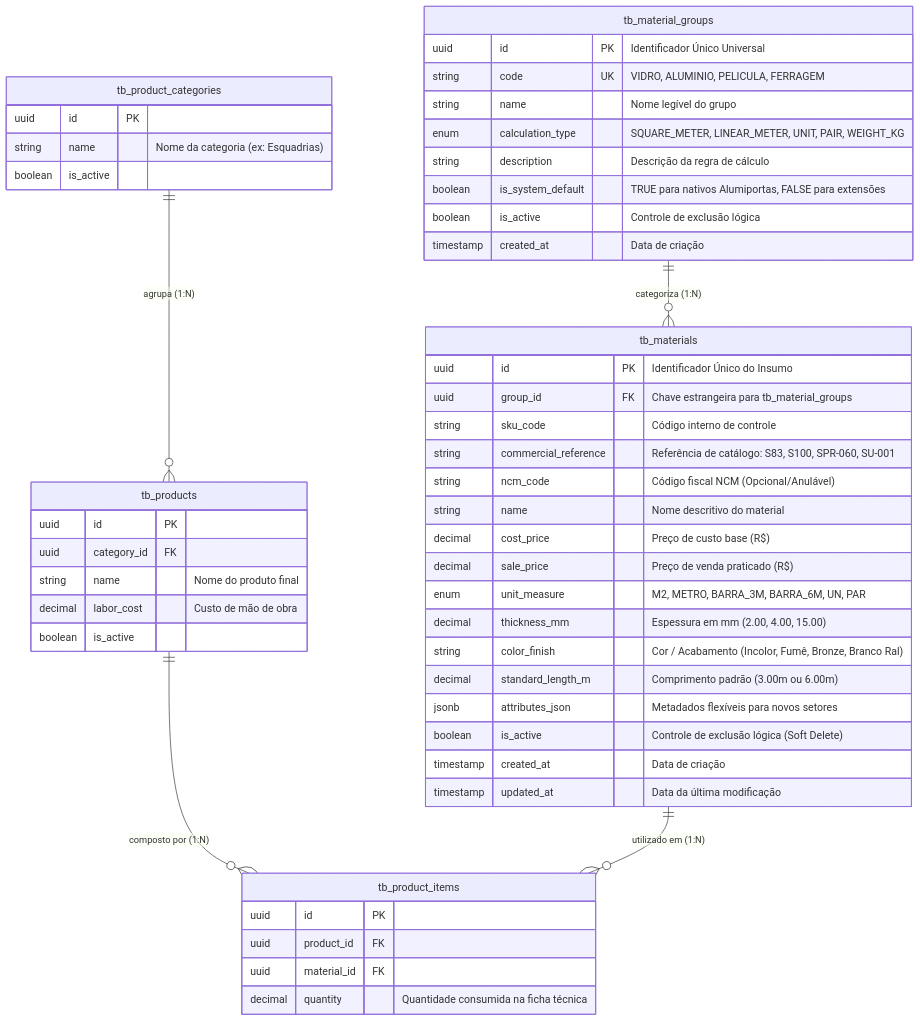
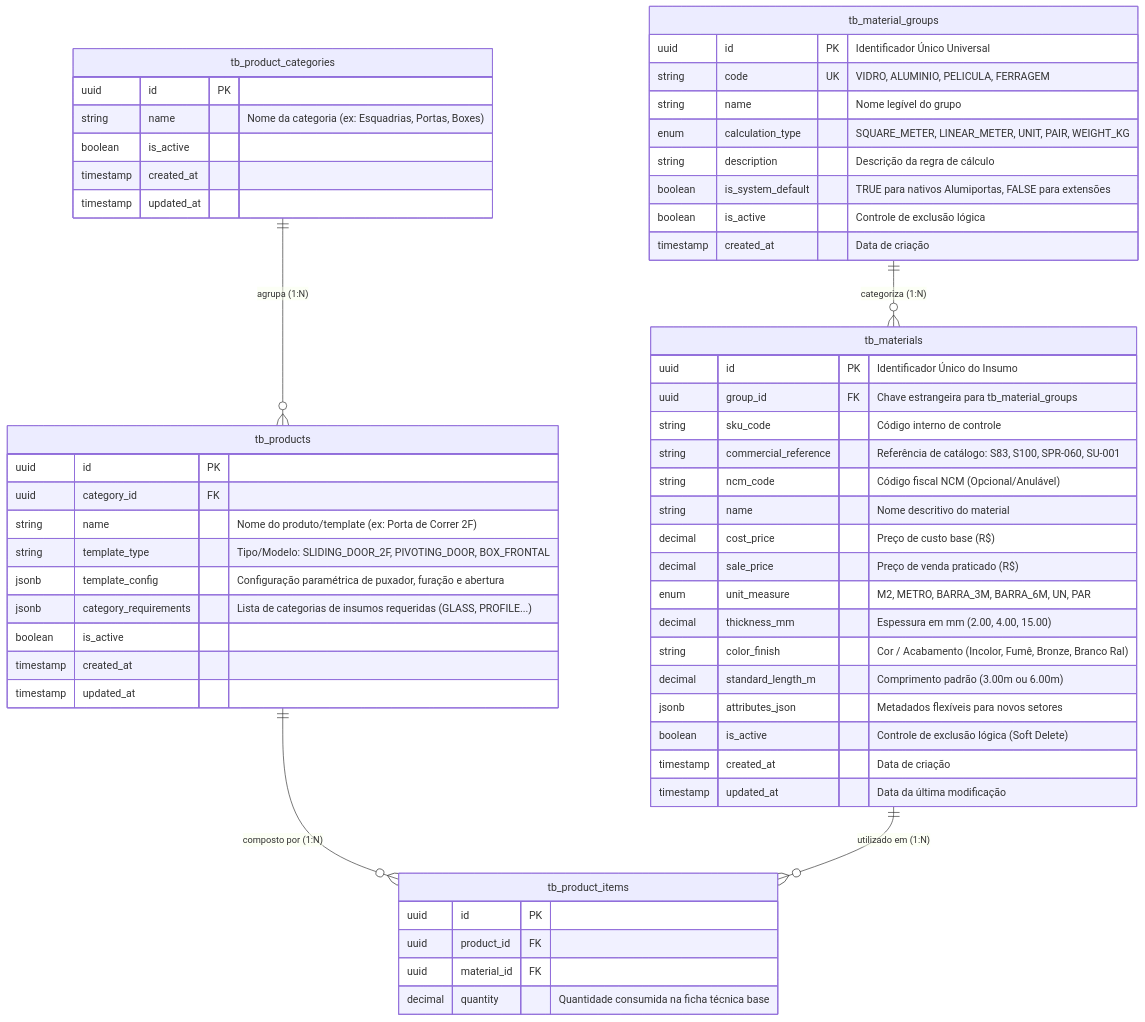
The diagram in docs/projeto-001/002-arquitetura/DER-Catalogo_Materiais.md (ADS-IFPB-SR/alumigest), drawn with Mermaid before and after one commit. The commit also changed other lines of this file and 93 other files, not shown here.

````diff
--- a/docs/projeto-001/002-arquitetura/DER-Catalogo_Materiais.md
+++ b/docs/projeto-001/002-arquitetura/DER-Catalogo_Materiais.md
@@ -27,58 +28,64 @@
 ```mermaid
 erDiagram
     tb_material_groups ||--o{ tb_materials : "categoriza (1:N)"
     tb_product_categories ||--o{ tb_products : "agrupa (1:N)"
     tb_products ||--o{ tb_product_items : "composto por (1:N)"
     tb_materials ||--o{ tb_product_items : "utilizado em (1:N)"
     
     tb_material_groups {
         uuid id PK "Identificador Único Universal"
         string code UK "VIDRO, ALUMINIO, PELICULA, FERRAGEM"
         string name "Nome legível do grupo"
         enum calculation_type "SQUARE_METER, LINEAR_METER, UNIT, PAIR, WEIGHT_KG"
         string description "Descrição da regra de cálculo"
         boolean is_system_default "TRUE para nativos Alumiportas, FALSE para extensões"
         boolean is_active "Controle de exclusão lógica"
         timestamp created_at "Data de criação"
     }
 
     tb_materials {
         uuid id PK "Identificador Único do Insumo"
         uuid group_id FK "Chave estrangeira para tb_material_groups"
         string sku_code "Código interno de controle"
         string commercial_reference "Referência de catálogo: S83, S100, SPR-060, SU-001"
         string ncm_code "Código fiscal NCM (Opcional/Anulável)"
         string name "Nome descritivo do material"
         decimal cost_price "Preço de custo base (R$)"
         decimal sale_price "Preço de venda praticado (R$)"
         enum unit_measure "M2, METRO, BARRA_3M, BARRA_6M, UN, PAR"
         decimal thickness_mm "Espessura em mm (2.00, 4.00, 15.00)"
         string color_finish "Cor / Acabamento (Incolor, Fumê, Bronze, Branco Ral)"
         decimal standard_length_m "Comprimento padrão (3.00m ou 6.00m)"
         jsonb attributes_json "Metadados flexíveis para novos setores"
         boolean is_active "Controle de exclusão lógica (Soft Delete)"
         timestamp created_at "Data de criação"
         timestamp updated_at "Data da última modificação"
     }
 
     tb_product_categories {
         uuid id PK
-        string name "Nome da categoria (ex: Esquadrias)"
+        string name "Nome da categoria (ex: Esquadrias, Portas, Boxes)"
         boolean is_active
+        timestamp created_at
+        timestamp updated_at
     }
 
     tb_products {
         uuid id PK
         uuid category_id FK
-        string name "Nome do produto final"
-        decimal labor_cost "Custo de mão de obra"
+        string name "Nome do produto/template (ex: Porta de Correr 2F)"
+        string template_type "Tipo/Modelo: SLIDING_DOOR_2F, PIVOTING_DOOR, BOX_FRONTAL"
+        jsonb template_config "Configuração paramétrica de puxador, furação e abertura"
+        jsonb category_requirements "Lista de categorias de insumos requeridas (GLASS, PROFILE...)"
         boolean is_active
+        timestamp created_at
+        timestamp updated_at
     }
 
     tb_product_items {
         uuid id PK
         uuid product_id FK
         uuid material_id FK
-        decimal quantity "Quantidade consumida na ficha técnica"
+        decimal quantity "Quantidade consumida na ficha técnica base"
     }
 ```
````
